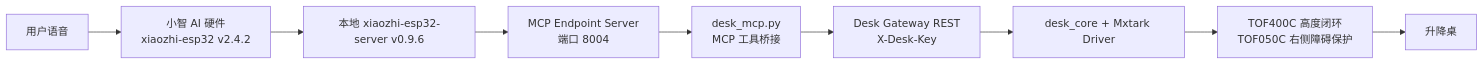
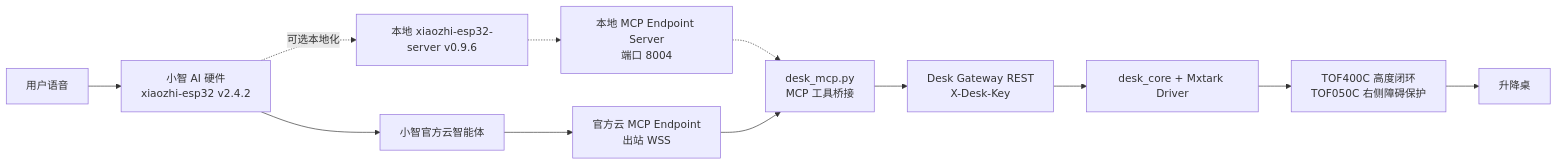
The diagram in docs/11-xiaozhi-ai-desk-control.md (dong4j/desk-gateway), drawn with Mermaid before and after one commit. The commit also changed other lines of this file and 10 other files, not shown here.

Commit message:
feat(xiaozhi): 增加小智云 MCP 桥接

````diff
--- a/docs/11-xiaozhi-ai-desk-control.md
+++ b/docs/11-xiaozhi-ai-desk-control.md
@@ -23,11 +26,14 @@
 ```mermaid
 flowchart LR
     Voice["用户语音"] --> Device["小智 AI 硬件<br/>xiaozhi-esp32 v2.4.2"]
-    Device --> Server["本地 xiaozhi-esp32-server v0.9.6"]
-    Server --> Endpoint["MCP Endpoint Server<br/>端口 8004"]
+    Device --> Cloud["小智官方云智能体"]
+    Device -. 可选本地化 .-> Server["本地 xiaozhi-esp32-server v0.9.6"]
+    Cloud --> Endpoint["官方云 MCP Endpoint<br/>出站 WSS"]
+    Server -.-> LocalEndpoint["本地 MCP Endpoint Server<br/>端口 8004"]
+    LocalEndpoint -.-> Bridge
     Endpoint --> Bridge["desk_mcp.py<br/>MCP 工具桥接"]
     Bridge --> REST["Desk Gateway REST<br/>X-Desk-Key"]
     REST --> Core["desk_core + Mxtark Driver"]
     Core --> Safety["TOF400C 高度闭环<br/>TOF050C 右侧障碍保护"]
     Safety --> Desk["升降桌"]
 ```
````
